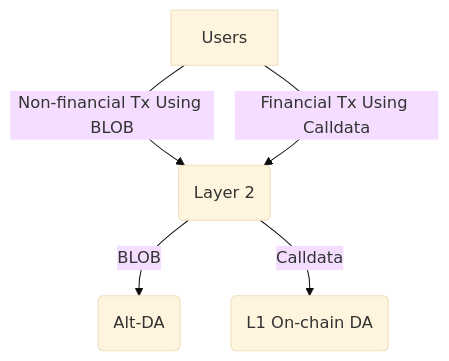
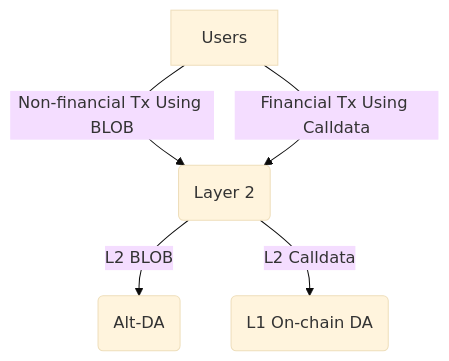
The diagram in specs/experimental/l2-blob.md (ethereum-optimism/specs), drawn with Mermaid (base theme) before and after one commit. The commit also changed other lines of this file, not shown here.

````diff
--- a/specs/experimental/l2-blob.md
+++ b/specs/experimental/l2-blob.md
@@ -26,7 +34,7 @@
 ```mermaid
 flowchart
     A[Users] -->|Non-financial Tx Using BLOB| B(Layer 2)
     A[Users] -->|Financial Tx Using Calldata| B(Layer 2)
-    B -->|BLOB| C(Alt-DA)
-    B -->|Calldata| D(L1 On-chain DA)
+    B -->|L2 BLOB| C(Alt-DA)
+    B -->|L2 Calldata| D(L1 On-chain DA)
 ```
````
